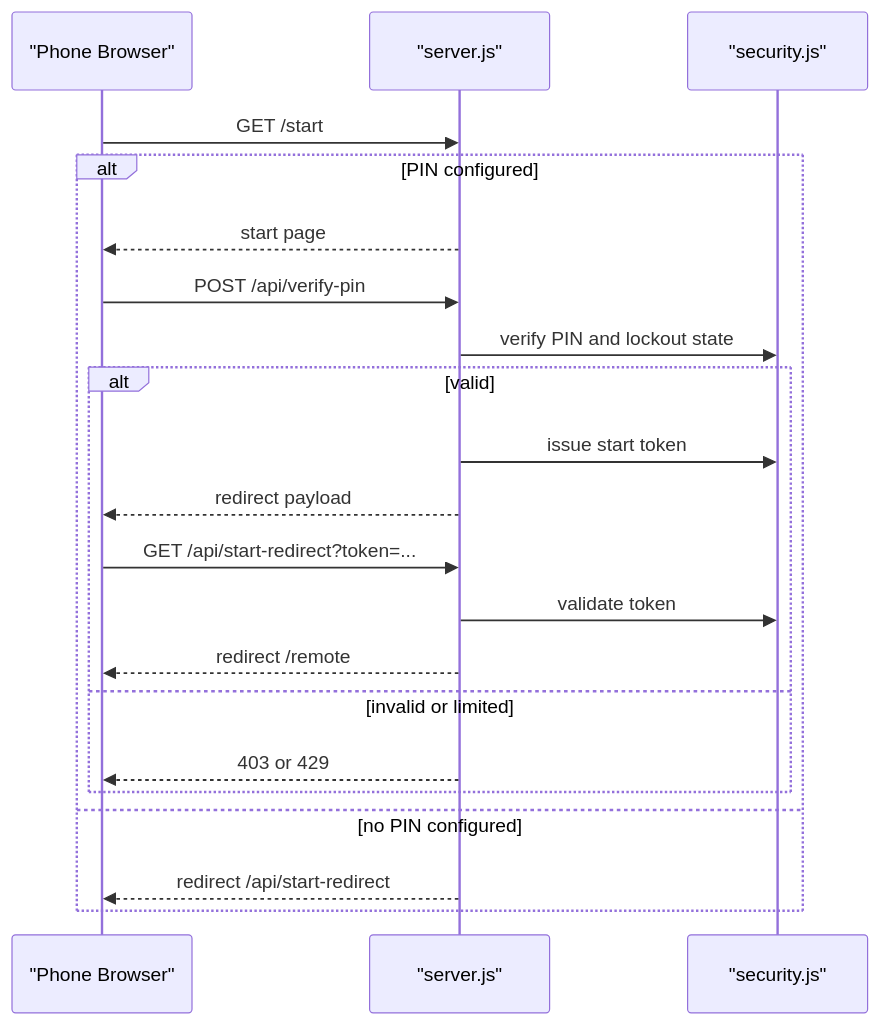
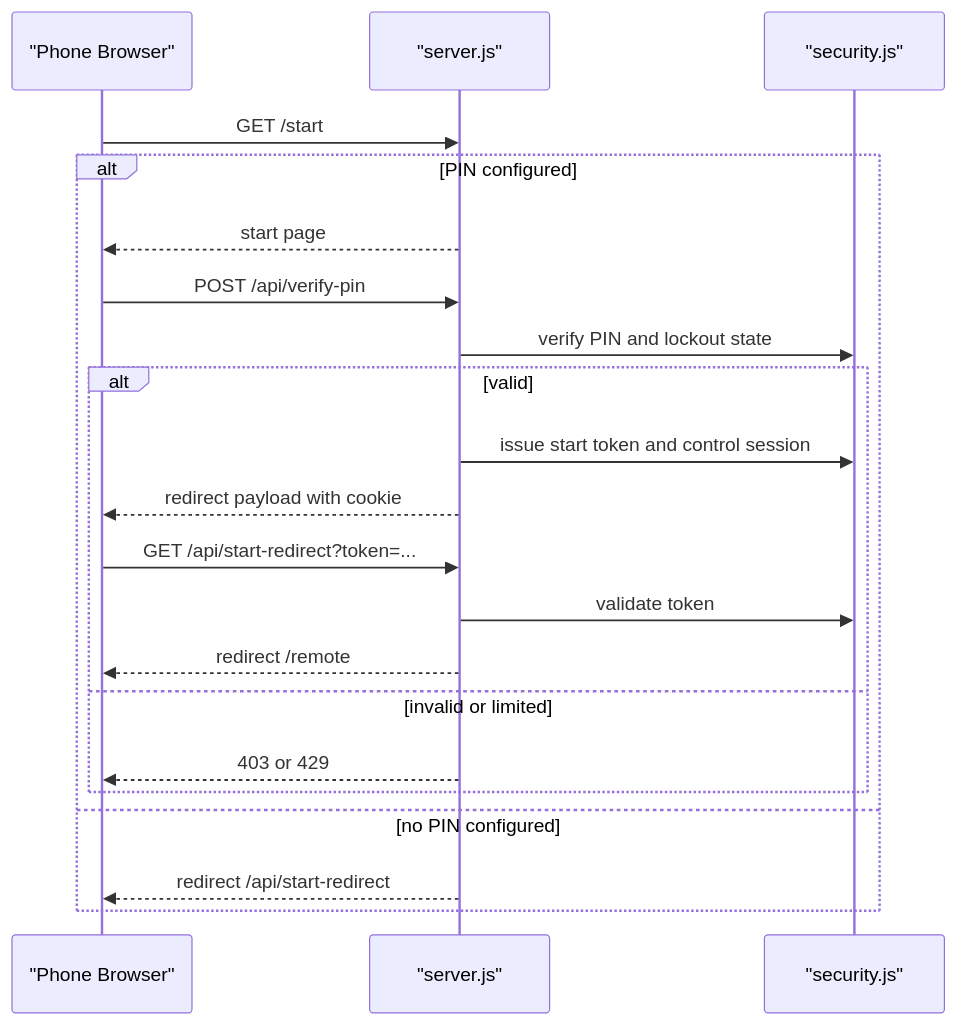
Before and after one commit to Saint-Therese-Of-Lisieux-Parish/sacra_lux: the fifth of 15 diagrams in docs/workflows.md, drawn with Mermaid. The commit also changed other lines of this file and 17 other files, not shown here.

````diff
--- a/docs/workflows.md
+++ b/docs/workflows.md
@@ -80,24 +80,24 @@
 ```mermaid
 sequenceDiagram
     participant Phone as "Phone Browser"
     participant Server as "server.js"
     participant Security as "security.js"
 
     Phone->>Server: GET /start
     alt PIN configured
         Server-->>Phone: start page
         Phone->>Server: POST /api/verify-pin
         Server->>Security: verify PIN and lockout state
         alt valid
-            Server->>Security: issue start token
-            Server-->>Phone: redirect payload
+            Server->>Security: issue start token and control session
+            Server-->>Phone: redirect payload with cookie
             Phone->>Server: GET /api/start-redirect?token=...
             Server->>Security: validate token
             Server-->>Phone: redirect /remote
         else invalid or limited
             Server-->>Phone: 403 or 429
         end
     else no PIN configured
         Server-->>Phone: redirect /api/start-redirect
     end
 ```
````
